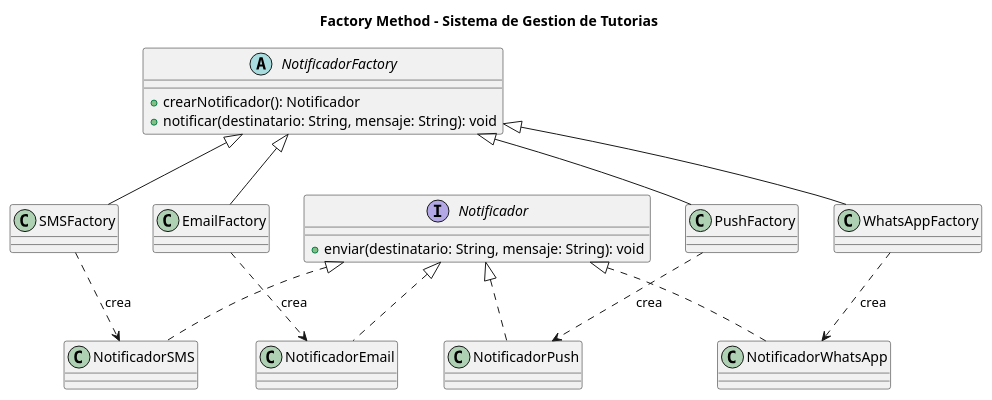
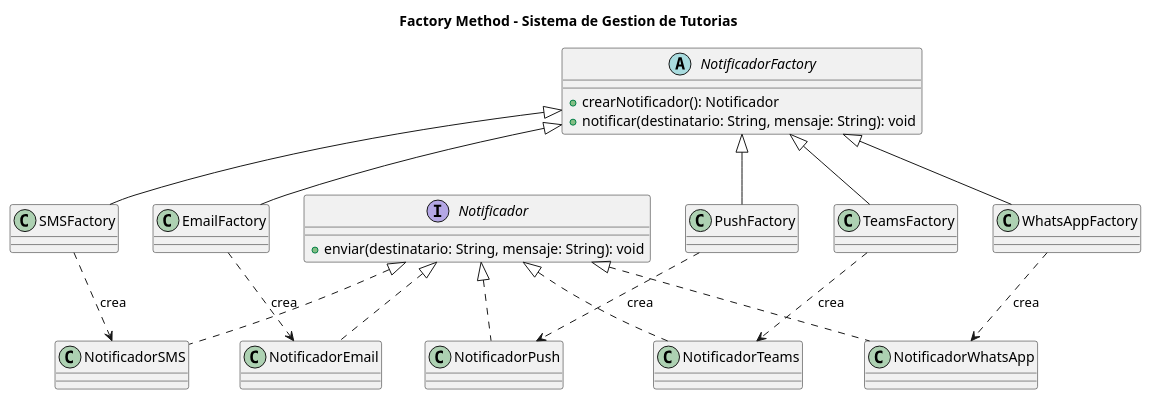
One commit to angelesdiaz25/sistema-tutorias changed the diagram in docs/factory-method.puml. Above: the diagram before and after it, drawn with PlantUML. The commit also changed 6 other files, not shown here.

Commit message:
feat: agregar notificador Teams con Factory Method

```diff
--- a/docs/factory-method.puml
+++ b/docs/factory-method.puml
@@ -1,38 +1,43 @@
 @startuml
 title Factory Method - Sistema de Gestion de Tutorias
 
 interface Notificador {
   + enviar(destinatario: String, mensaje: String): void
 }
 
 class NotificadorEmail
 class NotificadorSMS
 class NotificadorPush
 class NotificadorWhatsApp
-
+class NotificadorTeams
 abstract class NotificadorFactory {
   + crearNotificador(): Notificador
   + notificar(destinatario: String, mensaje: String): void
 }
 
 class EmailFactory
 class SMSFactory
 class PushFactory
 class WhatsAppFactory
+class TeamsFactory
 
 Notificador <|.. NotificadorEmail
 Notificador <|.. NotificadorSMS
 Notificador <|.. NotificadorPush
 Notificador <|.. NotificadorWhatsApp
 
 NotificadorFactory <|-- EmailFactory
 NotificadorFactory <|-- SMSFactory
 NotificadorFactory <|-- PushFactory
 NotificadorFactory <|-- WhatsAppFactory
 
 EmailFactory ..> NotificadorEmail : crea
 SMSFactory ..> NotificadorSMS : crea
 PushFactory ..> NotificadorPush : crea
 WhatsAppFactory ..> NotificadorWhatsApp : crea
 
+Notificador <|.. NotificadorTeams
+NotificadorFactory <|-- TeamsFactory
+TeamsFactory ..> NotificadorTeams : crea
+
 @enduml
```
